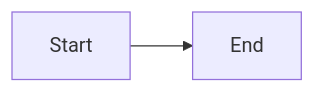
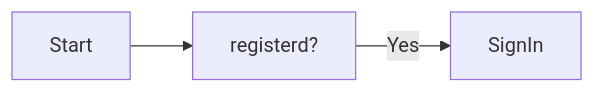
One commit to devridge-team-project/devridge-client-demo changed the diagram in README.md. Above: the diagram before and after it, drawn with Mermaid. The commit also changed other lines of this file and 6 other files, not shown here.

````diff
--- a/README.md
+++ b/README.md
@@ -20,4 +20,5 @@
 ```mermaid
 flowchart LR
-Start --> End
+Start --> registerd?
+registerd? --> |Yes| SignIn
 ```
````
